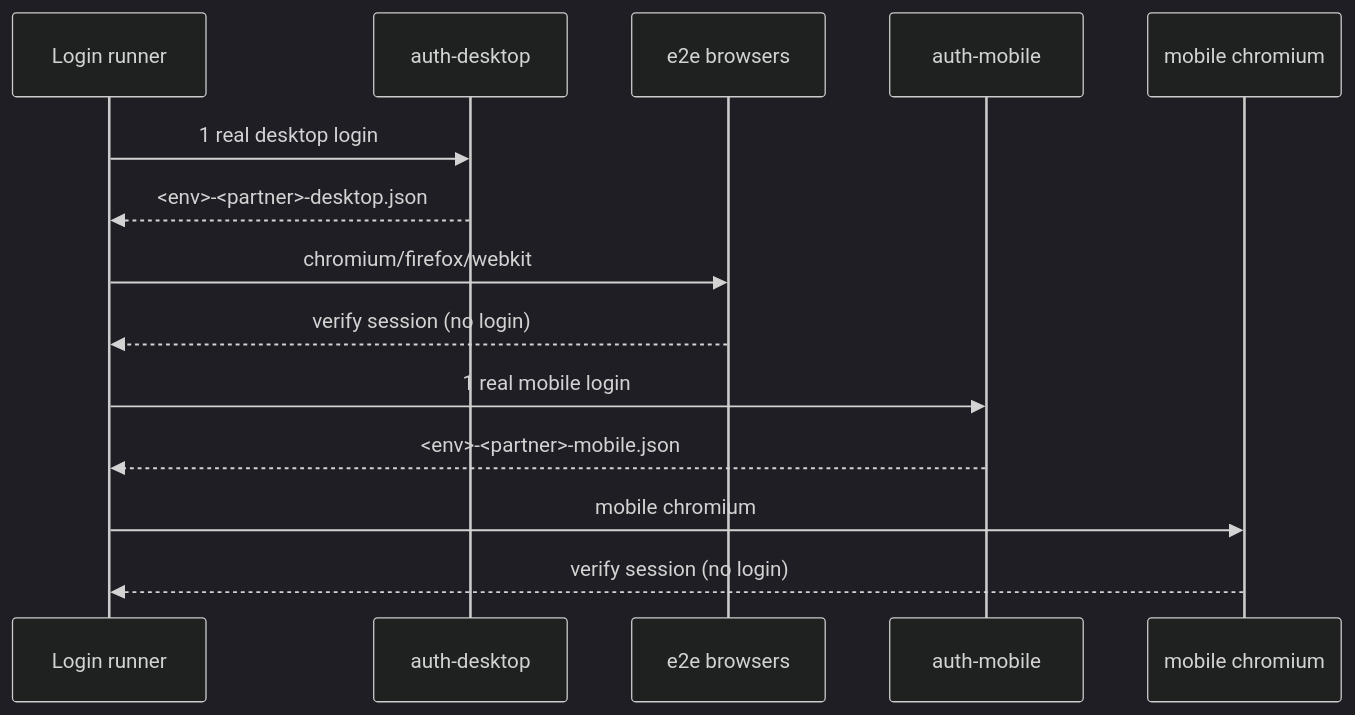
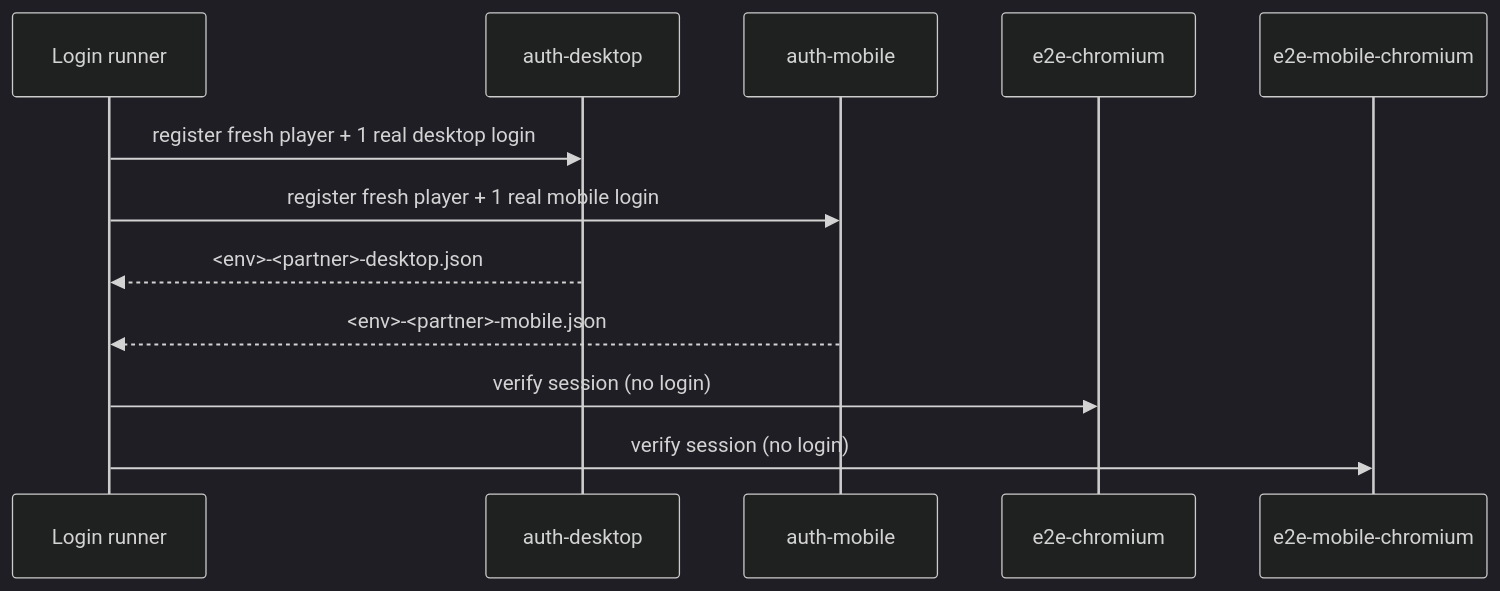
Before and after one commit to Tigrange/casweb_automation_playwright: the second of 2 diagrams in README.md, drawn with Mermaid (dark theme). The commit also changed other lines of this file and 11 other files, not shown here.

````diff
--- a/README.md
+++ b/README.md
@@ -59,16 +73,14 @@
 ```mermaid
 sequenceDiagram
     participant R as Login runner
     participant A as auth-desktop
-    participant B as e2e browsers
     participant M as auth-mobile
-    participant MC as mobile chromium
-    R->>A: 1 real desktop login
+    participant B as e2e-chromium
+    participant MC as e2e-mobile-chromium
+    R->>A: register fresh player + 1 real desktop login
+    R->>M: register fresh player + 1 real mobile login
     A-->>R: <env>-<partner>-desktop.json
-    R->>B: chromium/firefox/webkit
-    B-->>R: verify session (no login)
-    R->>M: 1 real mobile login
     M-->>R: <env>-<partner>-mobile.json
-    R->>MC: mobile chromium
-    MC-->>R: verify session (no login)
+    R->>B: verify session (no login)
+    R->>MC: verify session (no login)
 ```
````
